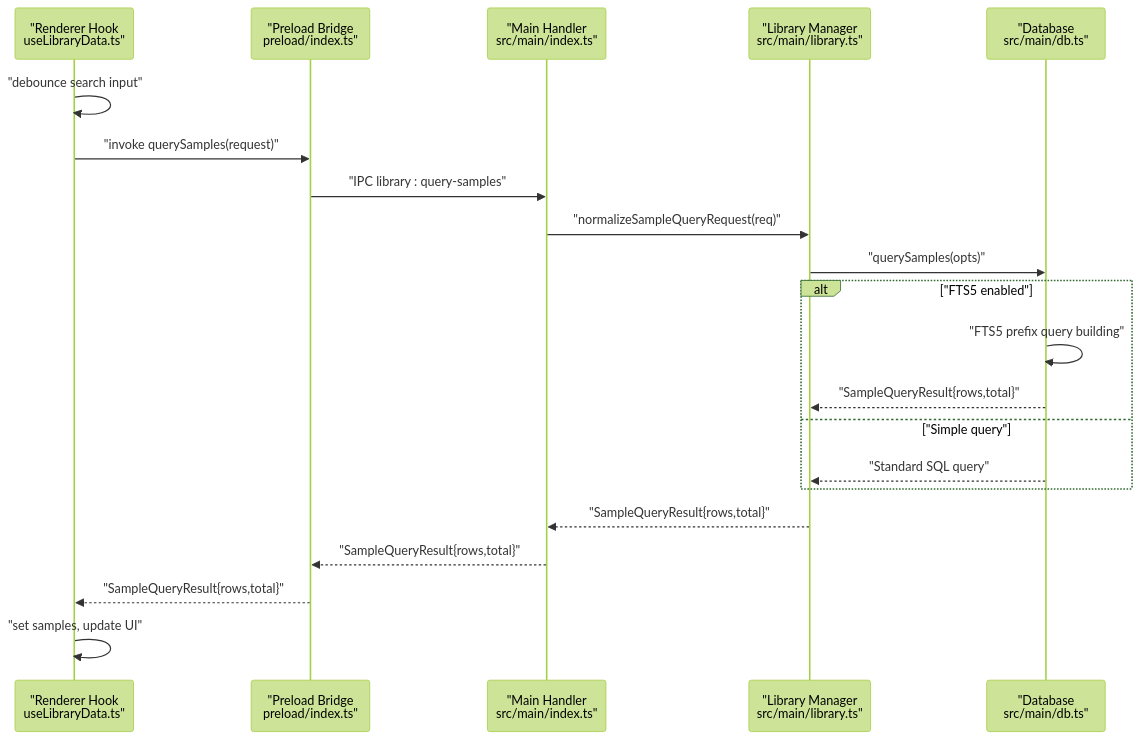
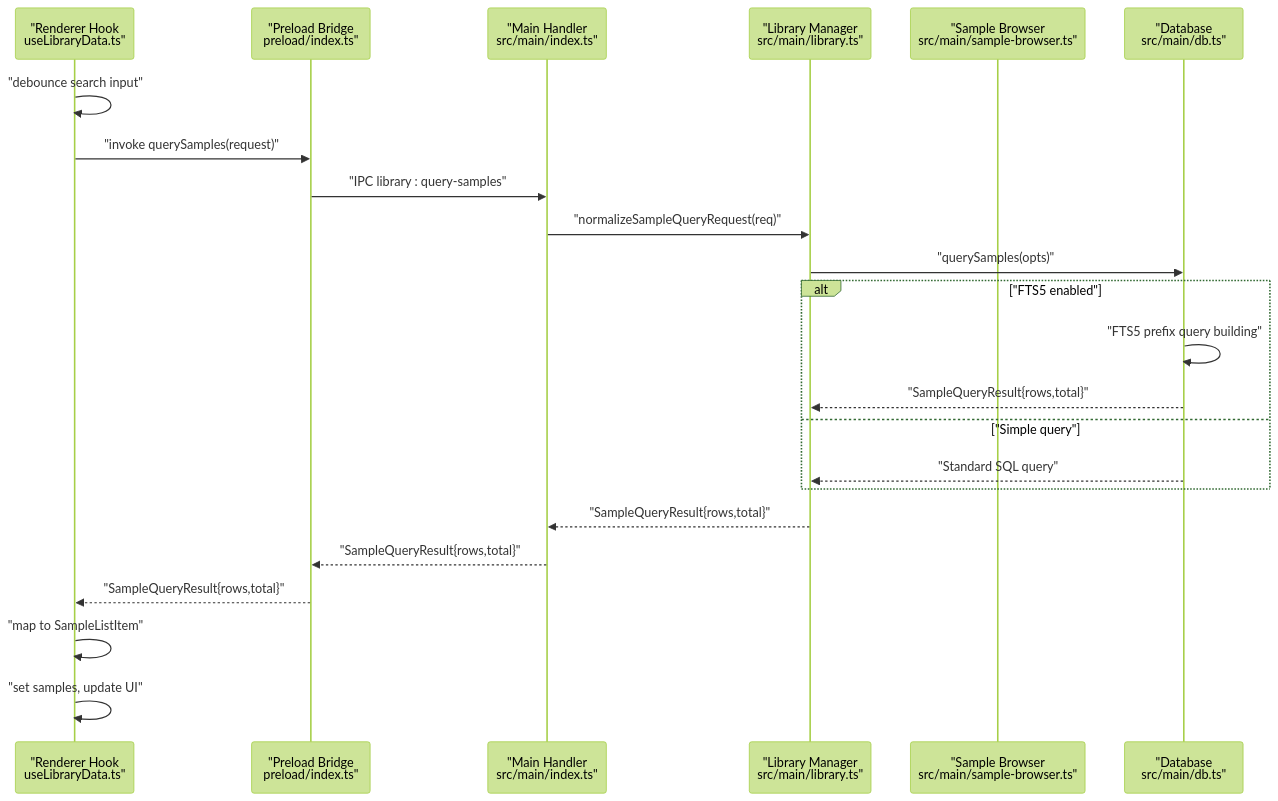
One commit to satyrlord/mixjam-electron changed the second of 10 diagrams in .qoder/repowiki/en/content/Sample Browser.md. Above: the diagram before and after it, drawn with Mermaid (forest theme). The commit also changed other lines of this file and 7 other files, not shown here.

````diff
--- a/.qoder/repowiki/en/content/Sample Browser.md
+++ b/.qoder/repowiki/en/content/Sample Browser.md
@@ -149,23 +158,25 @@
 ```mermaid
 sequenceDiagram
 participant R as "Renderer Hook<br/>useLibraryData.ts"
 participant P as "Preload Bridge<br/>preload/index.ts"
 participant M as "Main Handler<br/>src/main/index.ts"
 participant L as "Library Manager<br/>src/main/library.ts"
+participant S as "Sample Browser<br/>src/main/sample-browser.ts"
 participant D as "Database<br/>src/main/db.ts"
 R->>R : "debounce search input"
 R->>P : "invoke querySamples(request)"
 P->>M : "IPC library : query-samples"
 M->>L : "normalizeSampleQueryRequest(req)"
 L->>D : "querySamples(opts)"
 alt "FTS5 enabled"
 D->>D : "FTS5 prefix query building"
 D-->>L : "SampleQueryResult{rows,total}"
 else "Simple query"
 D-->>L : "Standard SQL query"
 end
 L-->>M : "SampleQueryResult{rows,total}"
 M-->>P : "SampleQueryResult{rows,total}"
 P-->>R : "SampleQueryResult{rows,total}"
+R->>R : "map to SampleListItem"
 R->>R : "set samples, update UI"
 ```
````
